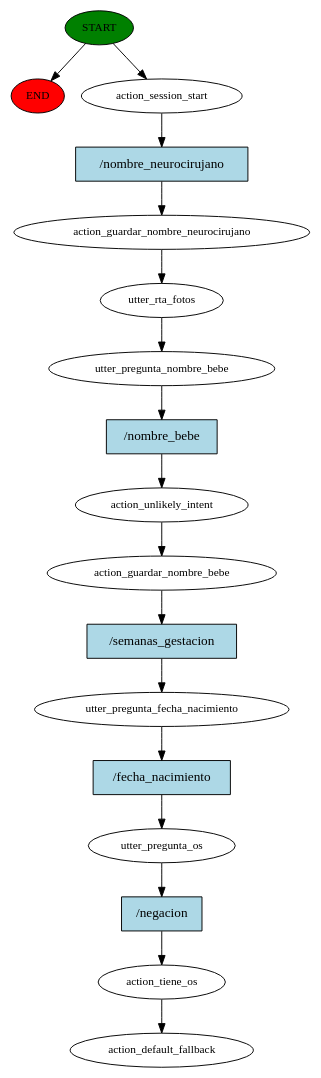
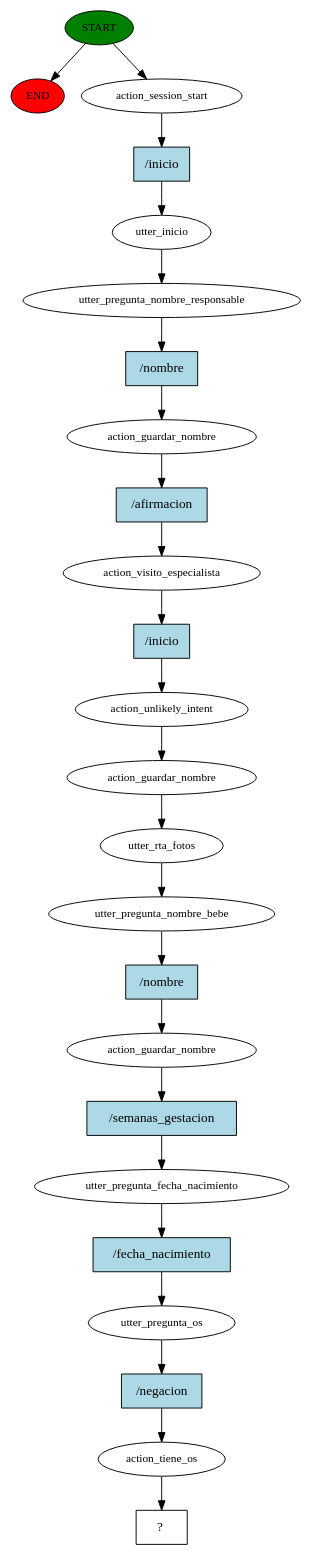
One commit to piabedinicrocci/bot_plagiocefalia changed the diagram in story_graph.dot. Above: the diagram before and after it, drawn with Graphviz. The commit also changed 220 other files, not shown here.

```diff
--- a/story_graph.dot
+++ b/story_graph.dot
@@ -1,35 +1,49 @@
 digraph  {
 0 [class="start active", fillcolor=green, fontsize=12, label=START, style=filled];
 "-1" [class=end, fillcolor=red, fontsize=12, label=END, style=filled];
 1 [class=active, fontsize=12, label=action_session_start];
-2 [class=active, fontsize=12, label=action_guardar_nombre_neurocirujano];
-3 [class=active, fontsize=12, label=utter_rta_fotos];
-4 [class=active, fontsize=12, label=utter_pregunta_nombre_bebe];
-5 [class=active, fontsize=12, label=action_unlikely_intent];
-6 [class=active, fontsize=12, label=action_guardar_nombre_bebe];
-7 [class=active, fontsize=12, label=utter_pregunta_fecha_nacimiento];
-8 [class=active, fontsize=12, label=utter_pregunta_os];
-9 [class=active, fontsize=12, label=action_tiene_os];
-10 [class="dashed active", fontsize=12, label=action_default_fallback];
-11 [class="intent active", fillcolor=lightblue, label="/nombre_neurocirujano", shape=rect, style=filled];
-12 [class="intent active", fillcolor=lightblue, label="/nombre_bebe", shape=rect, style=filled];
-13 [class="intent active", fillcolor=lightblue, label="/semanas_gestacion", shape=rect, style=filled];
-14 [class="intent active", fillcolor=lightblue, label="/fecha_nacimiento", shape=rect, style=filled];
-15 [class="intent active", fillcolor=lightblue, label="/negacion", shape=rect, style=filled];
+2 [class=active, fontsize=12, label=utter_inicio];
+3 [class=active, fontsize=12, label=utter_pregunta_nombre_responsable];
+4 [class=active, fontsize=12, label=action_guardar_nombre];
+5 [class=active, fontsize=12, label=action_visito_especialista];
+6 [class=active, fontsize=12, label=action_unlikely_intent];
+7 [class=active, fontsize=12, label=action_guardar_nombre];
+8 [class=active, fontsize=12, label=utter_rta_fotos];
+9 [class=active, fontsize=12, label=utter_pregunta_nombre_bebe];
+10 [class=active, fontsize=12, label=action_guardar_nombre];
+11 [class=active, fontsize=12, label=utter_pregunta_fecha_nacimiento];
+12 [class=active, fontsize=12, label=utter_pregunta_os];
+13 [class=active, fontsize=12, label=action_tiene_os];
+14 [class="intent dashed active", label="  ?  ", shape=rect];
+15 [class="intent active", fillcolor=lightblue, label="/inicio", shape=rect, style=filled];
+16 [class="intent active", fillcolor=lightblue, label="/nombre", shape=rect, style=filled];
+17 [class="intent active", fillcolor=lightblue, label="/afirmacion", shape=rect, style=filled];
+18 [class="intent active", fillcolor=lightblue, label="/inicio", shape=rect, style=filled];
+19 [class="intent active", fillcolor=lightblue, label="/nombre", shape=rect, style=filled];
+20 [class="intent active", fillcolor=lightblue, label="/semanas_gestacion", shape=rect, style=filled];
+21 [class="intent active", fillcolor=lightblue, label="/fecha_nacimiento", shape=rect, style=filled];
+22 [class="intent active", fillcolor=lightblue, label="/negacion", shape=rect, style=filled];
 0 -> "-1"  [class="", key=NONE, label=""];
 0 -> 1  [class=active, key=NONE, label=""];
-1 -> 11  [class=active, key=0];
+1 -> 15  [class=active, key=0];
 2 -> 3  [class=active, key=NONE, label=""];
-3 -> 4  [class=active, key=NONE, label=""];
-4 -> 12  [class=active, key=0];
-5 -> 6  [class=active, key=NONE, label=""];
-6 -> 13  [class=active, key=0];
-7 -> 14  [class=active, key=0];
-8 -> 15  [class=active, key=0];
-9 -> 10  [class=active, key=NONE, label=""];
-11 -> 2  [class=active, key=0];
-12 -> 5  [class=active, key=0];
-13 -> 7  [class=active, key=0];
-14 -> 8  [class=active, key=0];
-15 -> 9  [class=active, key=0];
+3 -> 16  [class=active, key=0];
+4 -> 17  [class=active, key=0];
+5 -> 18  [class=active, key=0];
+6 -> 7  [class=active, key=NONE, label=""];
+7 -> 8  [class=active, key=NONE, label=""];
+8 -> 9  [class=active, key=NONE, label=""];
+9 -> 19  [class=active, key=0];
+10 -> 20  [class=active, key=0];
+11 -> 21  [class=active, key=0];
+12 -> 22  [class=active, key=0];
+13 -> 14  [class=active, key=NONE, label=""];
+15 -> 2  [class=active, key=0];
+16 -> 4  [class=active, key=0];
+17 -> 5  [class=active, key=0];
+18 -> 6  [class=active, key=0];
+19 -> 10  [class=active, key=0];
+20 -> 11  [class=active, key=0];
+21 -> 12  [class=active, key=0];
+22 -> 13  [class=active, key=0];
 }
```
